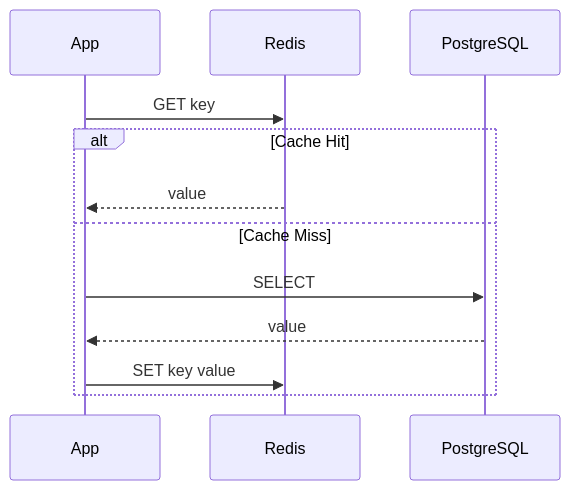
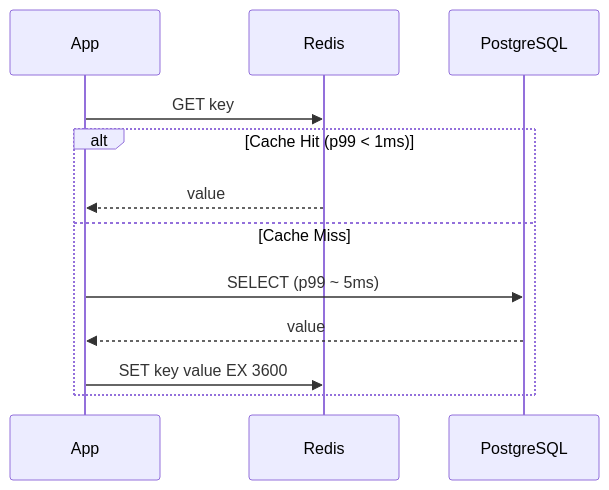
One commit to Leito2/Learning changed the first of 2 diagrams in SW-ML-AI Engineering/06 - Cloud, Infra y Backend/25 - Bases de Datos y Message Queues/03 - Redis y Caching.md. Above: the diagram before and after it, drawn with Mermaid. The commit also changed other lines of this file and 1 other file, not shown here.

````diff
--- a/SW-ML-AI Engineering/06 - Cloud, Infra y Backend/25 - Bases de Datos y Message Queues/03 - Redis y Caching.md
+++ b/SW-ML-AI Engineering/06 - Cloud, Infra y Backend/25 - Bases de Datos y Message Queues/03 - Redis y Caching.md
@@ -58,15 +133,15 @@
 ```mermaid
 sequenceDiagram
     participant App
     participant Cache as Redis
     participant DB as PostgreSQL
-    
+
     App->>Cache: GET key
-    alt Cache Hit
+    alt Cache Hit (p99 < 1ms)
         Cache-->>App: value
     else Cache Miss
-        App->>DB: SELECT
+        App->>DB: SELECT (p99 ~ 5ms)
         DB-->>App: value
-        App->>Cache: SET key value
+        App->>Cache: SET key value EX 3600
     end
 ```
````
